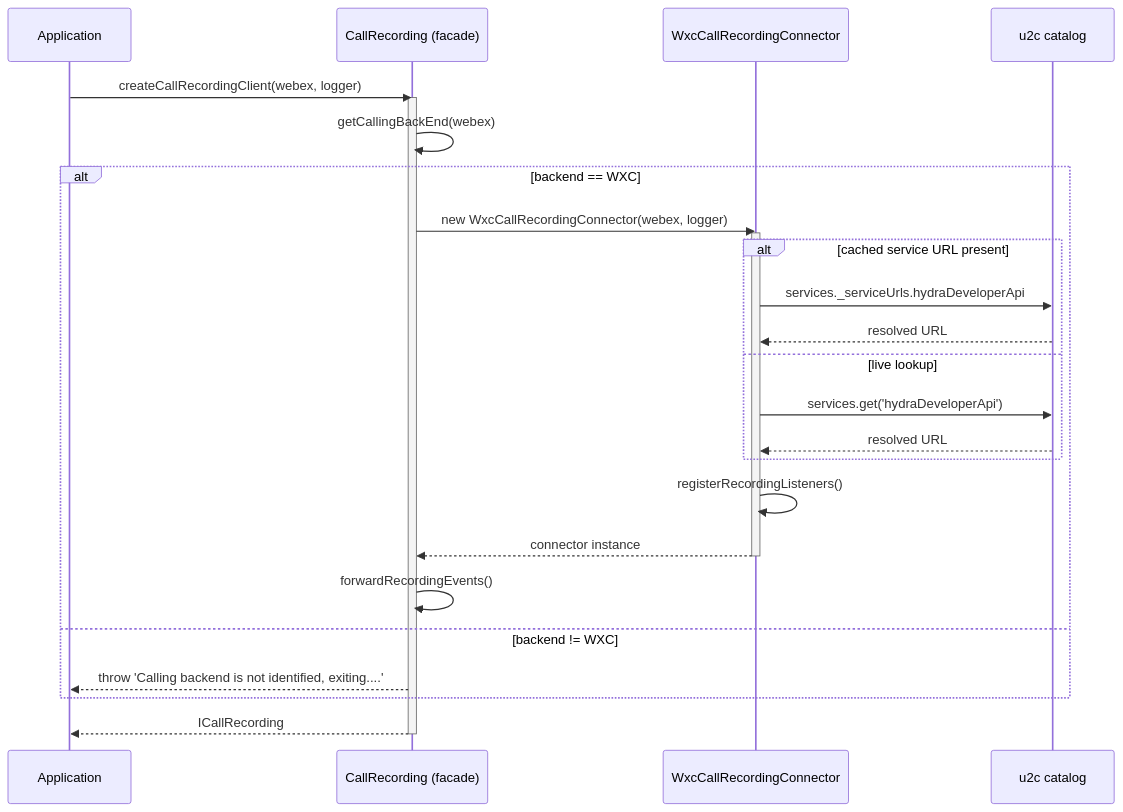
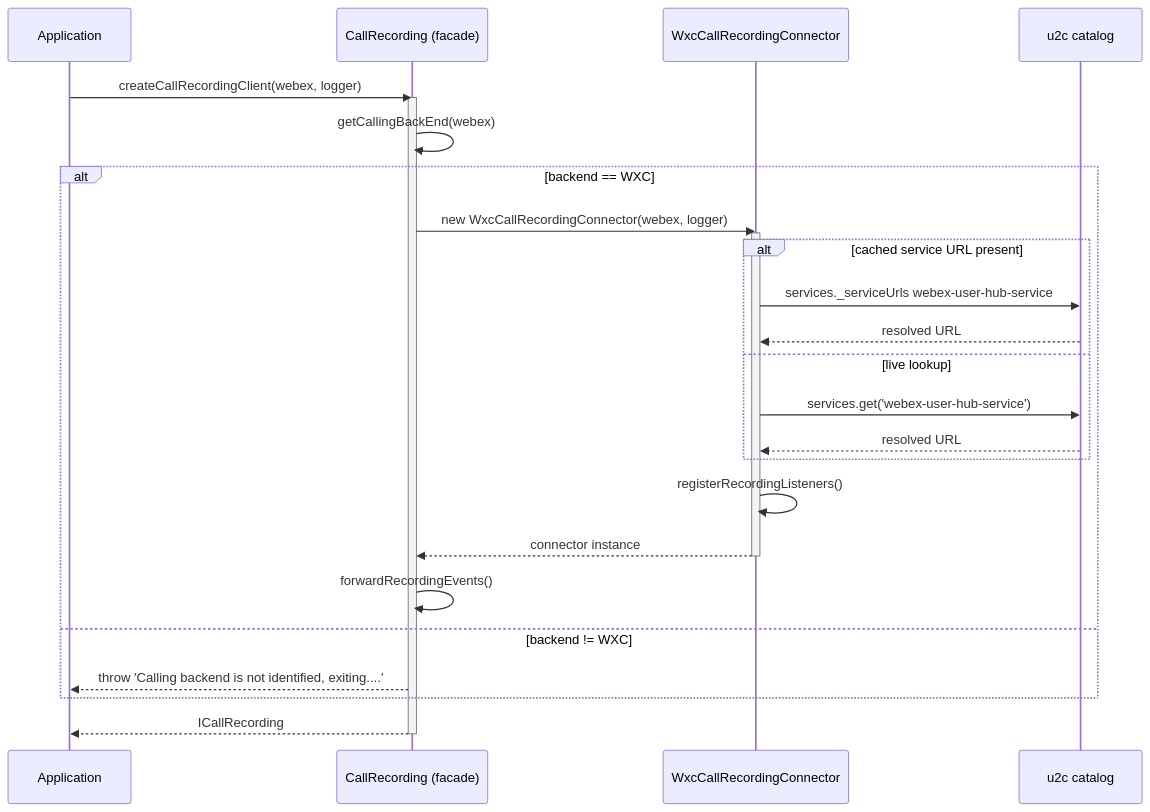
The second of 6 diagrams in packages/calling/src/CallRecording/ai-docs/ARCHITECTURE.md (webex/webex-js-sdk), drawn with Mermaid before and after one commit. The commit also changed other lines of this file and 15 other files, not shown here.

Commit message:
feat(calling): read call recordings from User Hub (#5317)

````diff
--- a/packages/calling/src/CallRecording/ai-docs/ARCHITECTURE.md
+++ b/packages/calling/src/CallRecording/ai-docs/ARCHITECTURE.md
@@ -102,30 +104,30 @@
 ```mermaid
 sequenceDiagram
     participant App as Application
     participant CR as CallRecording (facade)
     participant WC as WxcCallRecordingConnector
     participant Cat as u2c catalog
 
     App->>CR: createCallRecordingClient(webex, logger)
     activate CR
     CR->>CR: getCallingBackEnd(webex)
     alt backend == WXC
         CR->>WC: new WxcCallRecordingConnector(webex, logger)
         activate WC
         alt cached service URL present
-            WC->>Cat: services._serviceUrls.hydraDeveloperApi
+            WC->>Cat: services._serviceUrls webex-user-hub-service
             Cat-->>WC: resolved URL
         else live lookup
-            WC->>Cat: services.get('hydraDeveloperApi')
+            WC->>Cat: services.get('webex-user-hub-service')
             Cat-->>WC: resolved URL
         end
         WC->>WC: registerRecordingListeners()
         WC-->>CR: connector instance
         deactivate WC
         CR->>CR: forwardRecordingEvents()
     else backend != WXC
         CR-->>App: throw 'Calling backend is not identified, exiting....'
     end
     CR-->>App: ICallRecording
     deactivate CR
 ```
````
